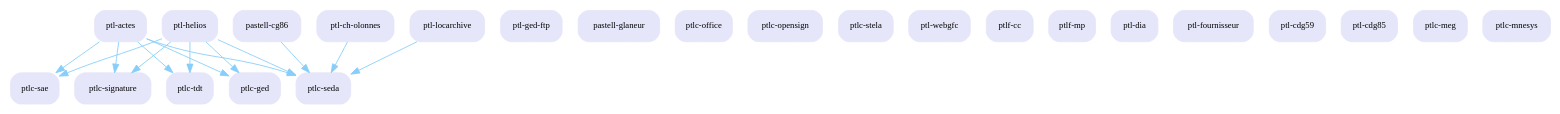
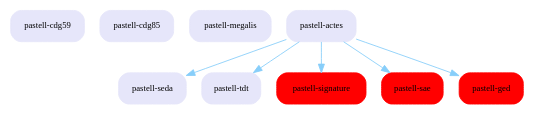
The diagram in web/img/extensions_graphe/extensions_graphe.dot (megalis-bretagne/pastell), drawn with Graphviz before and after one commit. The commit also changed 10 other files, not shown here.

```diff
--- a/web/img/extensions_graphe/extensions_graphe.dot
+++ b/web/img/extensions_graphe/extensions_graphe.dot
@@ -1,54 +1,20 @@
 digraph G {
 edge [color=lightskyblue,arrowsize=1];
 node [color=lavender,fontsize = "10",shape=box,style="rounded,filled"];
-ptlc_ged[label="ptlc-ged"];
-ptl_ged_ftp[label="ptl-ged-ftp"];
-pastell_glaneur[label="pastell-glaneur"];
-ptlc_office[label="ptlc-office"];
-ptlc_opensign[label="ptlc-opensign"];
-ptlc_sae[label="ptlc-sae"];
-ptlc_seda[label="ptlc-seda"];
-ptlc_signature[label="ptlc-signature"];
-ptlc_stela[label="ptlc-stela"];
-ptlc_tdt[label="ptlc-tdt"];
-ptl_webgfc[label="ptl-webgfc"];
-ptlf_cc[label="ptlf-cc"];
-ptl_helios[label="ptl-helios"];
-ptl_helios->ptlc_seda;
-ptlc_seda[label="ptlc-seda"];
-ptl_helios->ptlc_tdt;
-ptlc_tdt[label="ptlc-tdt"];
-ptl_helios->ptlc_signature;
-ptlc_signature[label="ptlc-signature"];
-ptl_helios->ptlc_sae;
-ptlc_sae[label="ptlc-sae"];
-ptl_helios->ptlc_ged;
-ptlc_ged[label="ptlc-ged"];
-ptlf_mp[label="ptlf-mp"];
-ptl_actes[label="ptl-actes"];
-ptl_actes->ptlc_seda;
-ptlc_seda[label="ptlc-seda"];
-ptl_actes->ptlc_tdt;
-ptlc_tdt[label="ptlc-tdt"];
-ptl_actes->ptlc_signature;
-ptlc_signature[label="ptlc-signature"];
-ptl_actes->ptlc_sae;
-ptlc_sae[label="ptlc-sae"];
-ptl_actes->ptlc_ged;
-ptlc_ged[label="ptlc-ged"];
-ptl_dia[label="ptl-dia"];
-ptl_fournisseur[label="ptl-fournisseur"];
-ptl_cdg59[label="ptl-cdg59"];
-ptl_cdg85[label="ptl-cdg85"];
-pastell_cg86[label="pastell-cg86"];
-pastell_cg86->ptlc_seda;
-ptlc_seda[label="ptlc-seda"];
-ptl_ch_olonnes[label="ptl-ch-olonnes"];
-ptl_ch_olonnes->ptlc_seda;
-ptlc_seda[label="ptlc-seda"];
-ptl_locarchive[label="ptl-locarchive"];
-ptl_locarchive->ptlc_seda;
-ptlc_seda[label="ptlc-seda"];
-ptlc_meg[label="ptlc-meg"];
-ptlc_mnesys[label="ptlc-mnesys"];
+pastell_cdg59[label="pastell-cdg59"];
+pastell_cdg85[label="pastell-cdg85"];
+pastell_megalis[label="pastell-megalis"];
+pastell_actes[label="pastell-actes"];
+pastell_actes->pastell_seda;
+pastell_seda[label="pastell-seda"];
+pastell_actes->pastell_tdt;
+pastell_tdt[label="pastell-tdt"];
+pastell_actes->pastell_signature;
+pastell_signature[label="pastell-signature", color = red];
+pastell_actes->pastell_sae;
+pastell_sae[label="pastell-sae", color = red];
+pastell_actes->pastell_ged;
+pastell_ged[label="pastell-ged", color = red];
+pastell_seda[label="pastell-seda"];
+pastell_tdt[label="pastell-tdt"];
 }
```
